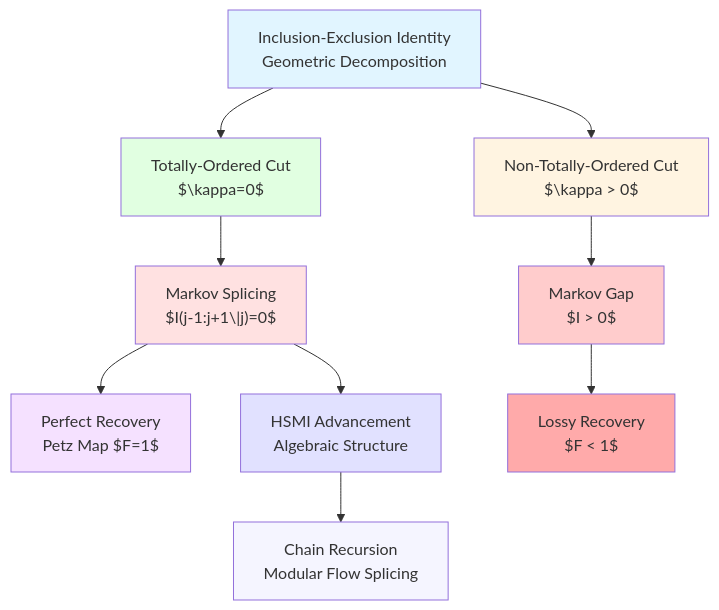
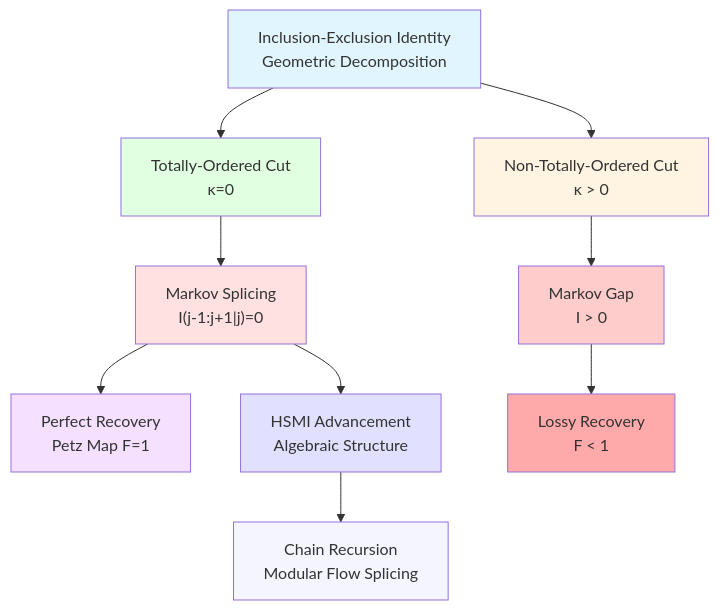
The sixth of 6 diagrams in docs/euler-article/gls-union/21-causal-diamond-chain/03-markov-stitching_en.md (loning/zeckendorf-hilbert), drawn with Mermaid before and after one commit. The commit also changed other lines of this file and 2 other files, not shown here.

````diff
--- a/docs/euler-article/gls-union/21-causal-diamond-chain/03-markov-stitching_en.md
+++ b/docs/euler-article/gls-union/21-causal-diamond-chain/03-markov-stitching_en.md
@@ -617,23 +617,23 @@
 ```mermaid
 graph TD
-    A["Inclusion-Exclusion Identity<br/>Geometric Decomposition"] --> B["Totally-Ordered Cut<br/>$\kappa=0$"]
-    B --> C["Markov Splicing<br/>$I(j-1:j+1\|j)=0$"]
-    C --> D["Perfect Recovery<br/>Petz Map $F=1$"]
+    A["Inclusion-Exclusion Identity<br/>Geometric Decomposition"] --> B["Totally-Ordered Cut<br/>κ=0"]
+    B --> C["Markov Splicing<br/>I(j-1:j+1|j)=0"]
+    C --> D["Perfect Recovery<br/>Petz Map F=1"]
 
-    A --> E["Non-Totally-Ordered Cut<br/>$\kappa > 0$"]
-    E --> F["Markov Gap<br/>$I > 0$"]
-    F --> G["Lossy Recovery<br/>$F < 1$"]
+    A --> E["Non-Totally-Ordered Cut<br/>κ > 0"]
+    E --> F["Markov Gap<br/>I > 0"]
+    F --> G["Lossy Recovery<br/>F < 1"]
 
     C --> H["HSMI Advancement<br/>Algebraic Structure"]
     H --> I["Chain Recursion<br/>Modular Flow Splicing"]
 
     style A fill:#e1f5ff
     style B fill:#e1ffe1
     style C fill:#ffe1e1
     style D fill:#f5e1ff
     style E fill:#fff4e1
     style F fill:#ffcccc
     style G fill:#ffaaaa
     style H fill:#e1e1ff
     style I fill:#f5f5ff
 ```
````
